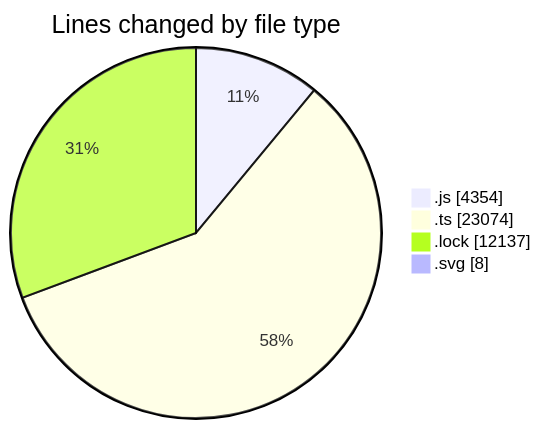
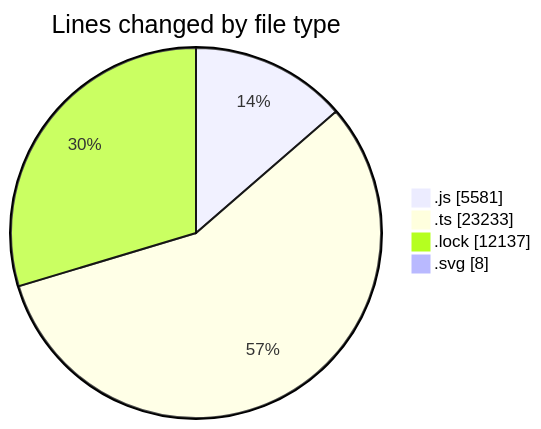
The first of 2 diagrams in 2025-08-12/cda/README.md (momahboobian/code-tracking), drawn with Mermaid before and after one commit. The commit also changed other lines of this file and 1 other file, not shown here.

````diff
--- a/2025-08-12/cda/README.md
+++ b/2025-08-12/cda/README.md
@@ -42,8 +42,8 @@
 ```mermaid
 pie showData
 title Lines changed by file type
-".js" : 4354
-".ts" : 23074
+".js" : 5581
+".ts" : 23233
 ".lock" : 12137
 ".svg" : 8
 ```
````
